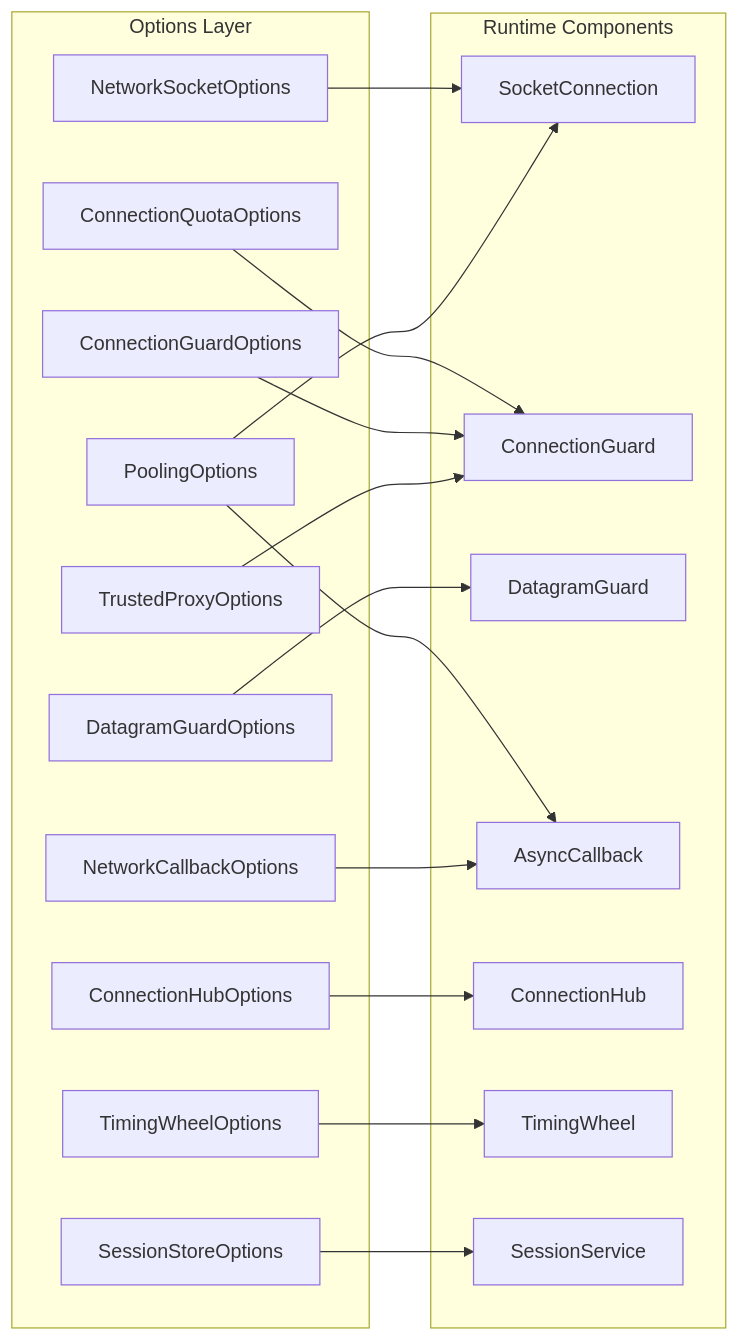
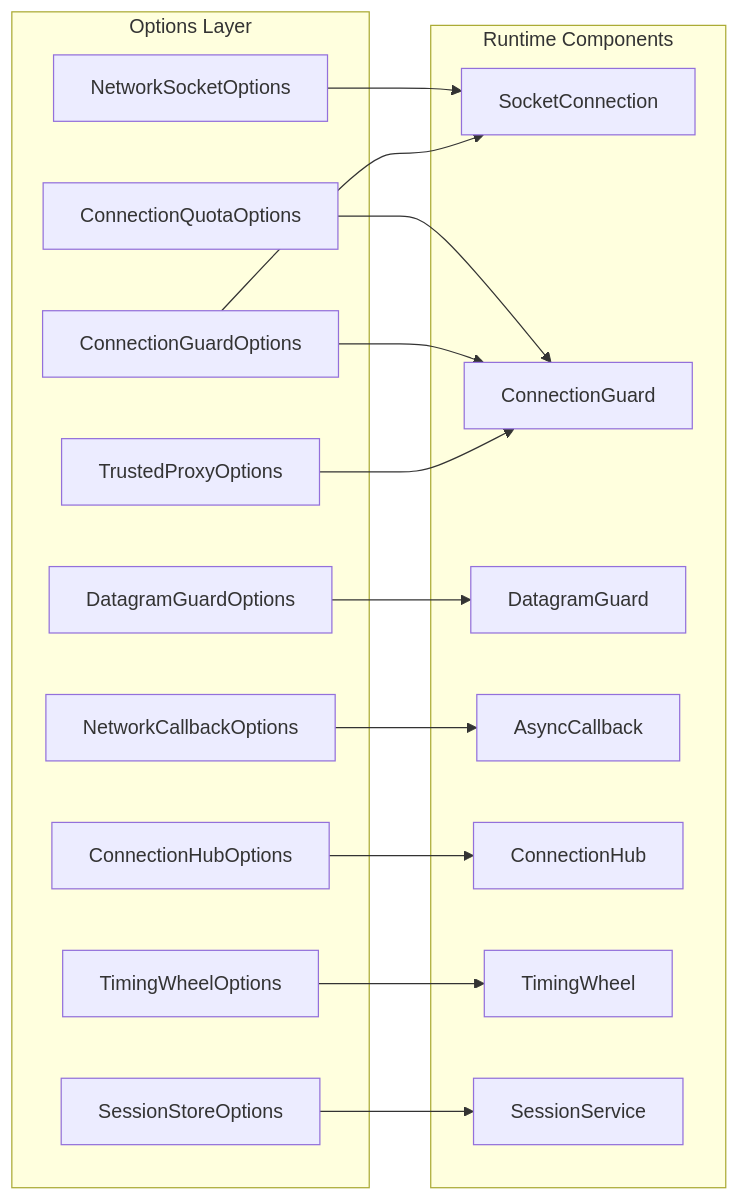
One commit to ppn-systems/Nalix changed the diagram in docs/api/options/network/options.md. Above: the diagram before and after it, drawn with Mermaid. The commit also changed other lines of this file and 63 other files, not shown here.

````diff
--- a/docs/api/options/network/options.md
+++ b/docs/api/options/network/options.md
@@ -9,39 +9,37 @@
 ```mermaid
 flowchart LR
     subgraph Config[Options Layer]
         NSO[NetworkSocketOptions]
-        PO[PoolingOptions]
         CQO[ConnectionQuotaOptions]
         CGO[ConnectionGuardOptions]
         TPO[TrustedProxyOptions]
         DGO[DatagramGuardOptions]
         NCO[NetworkCallbackOptions]
         CHO[ConnectionHubOptions]
         TWO[TimingWheelOptions]
         SSO[SessionStoreOptions]
     end
 
     subgraph Runtime[Runtime Components]
         SC[SocketConnection]
         CG[ConnectionGuard]
         DG[DatagramGuard]
         AC[AsyncCallback]
         Hub[ConnectionHub]
         TW[TimingWheel]
         SS[SessionService]
     end
 
     NSO --> SC
-    PO --> SC
-    PO --> AC
-    
+    CGO --> SC
+
     CQO --> CG
     CGO --> CG
     TPO --> CG
     DGO --> DG
     NCO --> AC
-    
+
     CHO --> Hub
     TWO --> TW
     SSO --> SS
 ```
````
